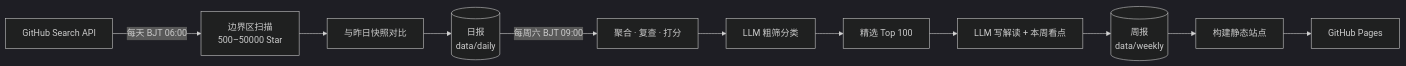
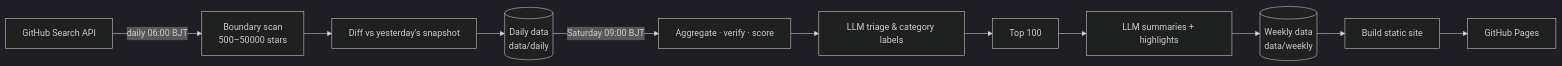
One commit to fhan235/github1K changed the diagram in README.md. Above: the diagram before and after it, drawn with Mermaid (dark theme). The commit also changed other lines of this file and 1 other file, not shown here.

````diff
--- a/README.md
+++ b/README.md
@@ -59,13 +63,13 @@
 ```mermaid
 flowchart LR
-    A[GitHub Search API] -->|每天 BJT 06:00| B[边界区扫描<br/>500–50000 Star]
-    B --> C[与昨日快照对比]
-    C --> D[(日报<br/>data/daily)]
-    D -->|每周六 BJT 09:00| E[聚合 · 复查 · 打分]
-    E --> F[LLM 粗筛分类]
-    F --> G[精选 Top 100]
-    G --> H[LLM 写解读 + 本周看点]
-    H --> I[(周报<br/>data/weekly)]
-    I --> J[构建静态站点]
+    A[GitHub Search API] -->|daily 06:00 BJT| B[Boundary scan<br/>500–50000 stars]
+    B --> C[Diff vs yesterday's snapshot]
+    C --> D[(Daily data<br/>data/daily)]
+    D -->|Saturday 09:00 BJT| E[Aggregate · verify · score]
+    E --> F[LLM triage & category labels]
+    F --> G[Top 100]
+    G --> H[LLM summaries + highlights]
+    H --> I[(Weekly data<br/>data/weekly)]
+    I --> J[Build static site]
     J --> K[GitHub Pages]
 ```
````
